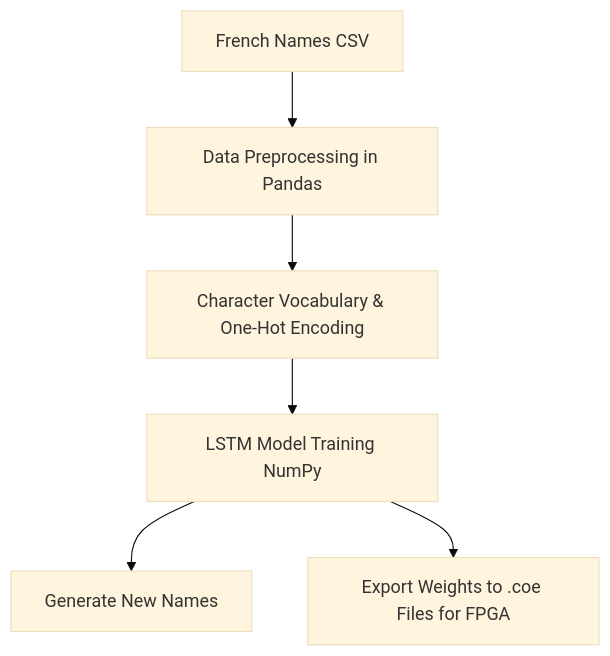
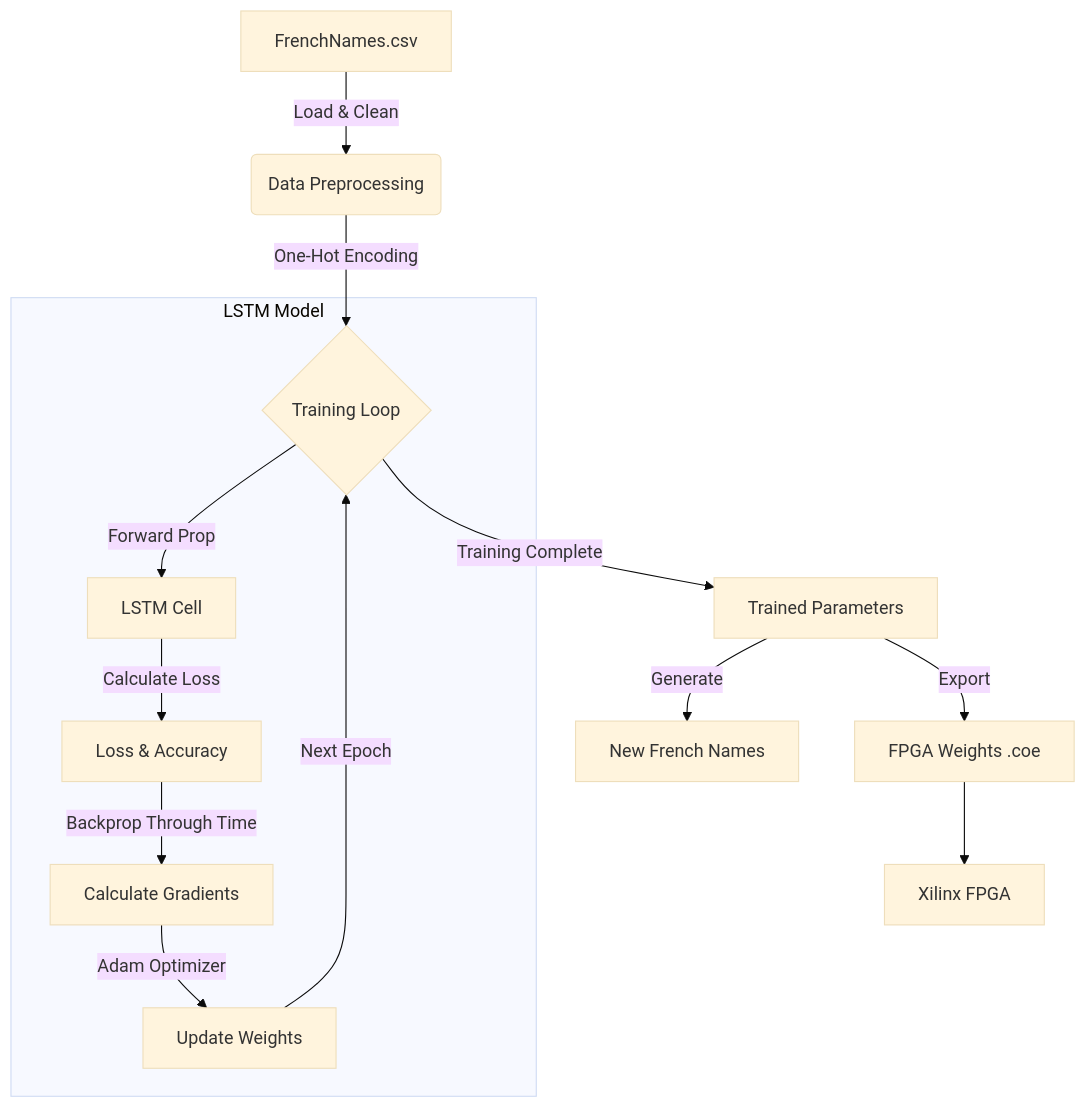
The diagram in README.md (adcondev/long-short-term-memory), drawn with Mermaid (base theme) before and after one commit. The commit also changed other lines of this file and 1 other file, not shown here.

Commit message:
docs: Enhance project documentation with a detailed architecture diagram, expanded technical descriptions of the from-scratch LSTM implementation, manual Adam optimizer, and FPGA weight export.

````diff
--- a/README.md
+++ b/README.md
@@ -11,8 +20,18 @@
 ```mermaid
-graph TD;
-    A[French Names CSV] --> B[Data Preprocessing in Pandas];
-    B --> C[Character Vocabulary & One-Hot Encoding];
-    C --> D[LSTM Model Training NumPy];
-    D --> E[Generate New Names];
-    D --> F[Export Weights to .coe Files for FPGA];
+graph TD
+    A[FrenchNames.csv] -->|Load & Clean| B(Data Preprocessing)
+    B -->|One-Hot Encoding| C{Training Loop}
+    
+    subgraph LSTM Model
+    C -->|Forward Prop| D[LSTM Cell]
+    D -->|Calculate Loss| E[Loss & Accuracy]
+    E -->|Backprop Through Time| F[Calculate Gradients]
+    F -->|Adam Optimizer| G[Update Weights]
+    G -->|Next Epoch| C
+    end
+    
+    C -->|Training Complete| H[Trained Parameters]
+    H -->|Generate| I[New French Names]
+    H -->|Export| J[FPGA Weights .coe]
+    J --> K[Xilinx FPGA]
 ```
````
